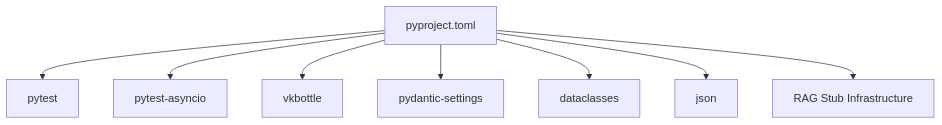
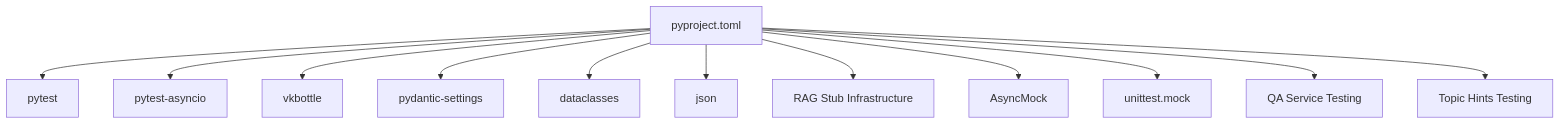
Before and after one commit to ognelis/cafetera_hr_bot: the third of 3 diagrams in .qoder/repowiki/en/content/Testing Strategy.md, drawn with Mermaid. The commit also changed other lines of this file and 10 other files, not shown here.

````diff
--- a/.qoder/repowiki/en/content/Testing Strategy.md
+++ b/.qoder/repowiki/en/content/Testing Strategy.md
@@ -472,18 +550,26 @@
 ```mermaid
 graph TB
 PY["pyproject.toml"]
 P["pytest"]
 PA["pytest-asyncio"]
 VK["vkbottle"]
 PS["pydantic-settings"]
 DC["dataclasses"]
 JSON["json"]
 RS["RAG Stub Infrastructure"]
+AM["AsyncMock"]
+UM["unittest.mock"]
+QA["QA Service Testing"]
+TH["Topic Hints Testing"]
 PY --> P
 PY --> PA
 PY --> VK
 PY --> PS
 PY --> DC
 PY --> JSON
 PY --> RS
+PY --> AM
+PY --> UM
+PY --> QA
+PY --> TH
 ```
````
